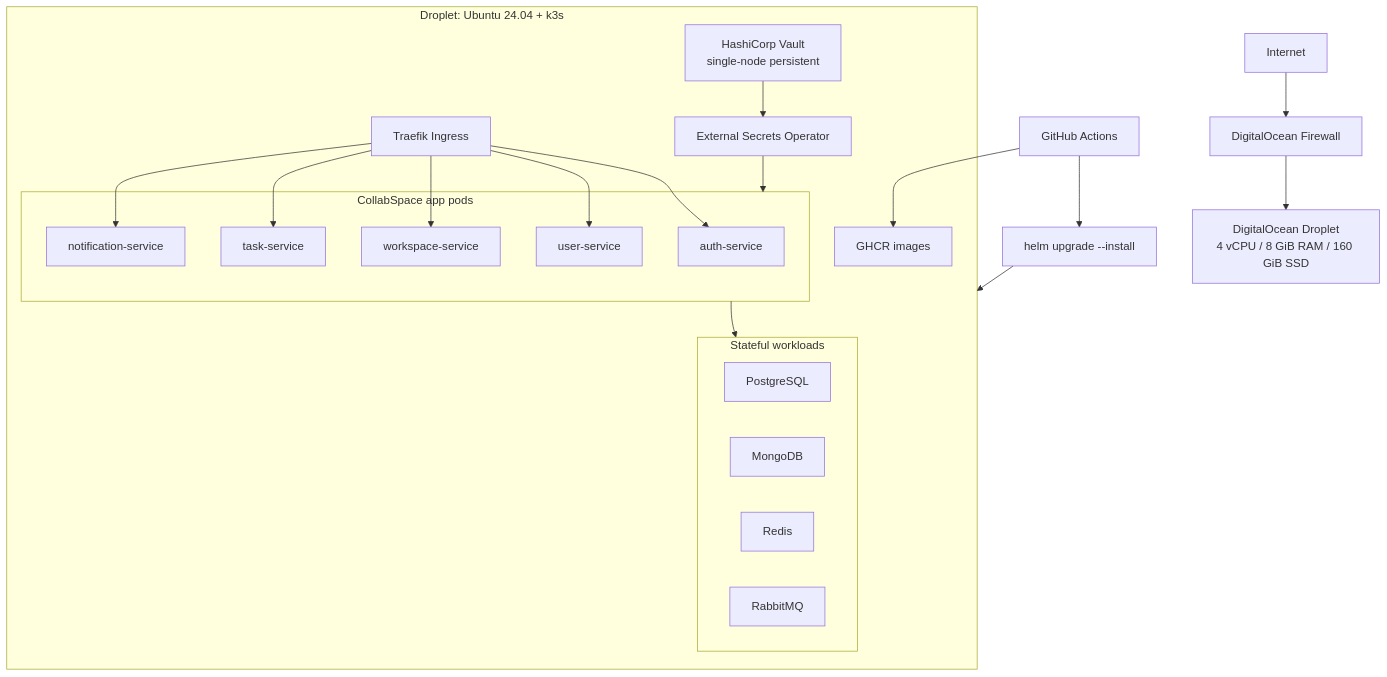
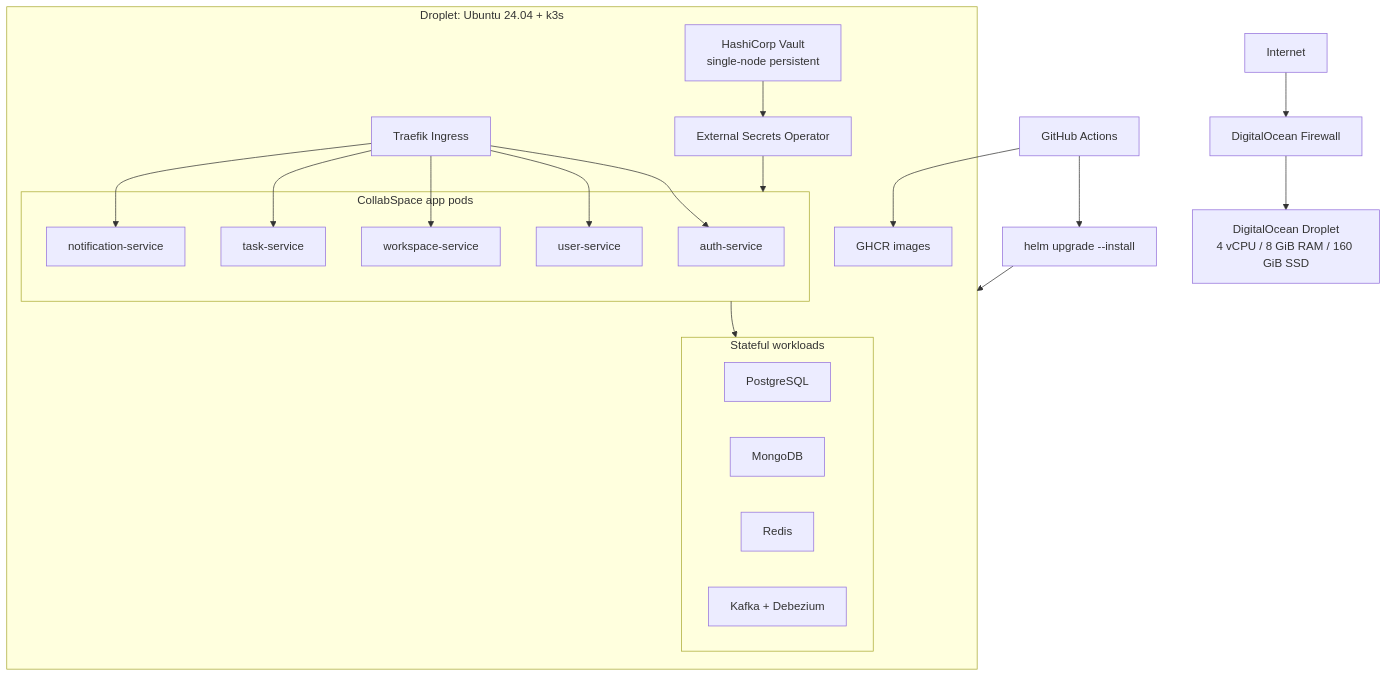
The first of 2 diagrams in docs/digitalocean-production-options.md (lengocanh2005it/collabspace), drawn with Mermaid before and after one commit. The commit also changed other lines of this file and 65 other files, not shown here.

First line of the commit message:
docs: sync Kafka + Debezium CDC across docs and finish RabbitMQ cleanup

````diff
--- a/docs/digitalocean-production-options.md
+++ b/docs/digitalocean-production-options.md
@@ -176,39 +176,39 @@
 ```mermaid
 flowchart TD
   Internet["Internet"] --> DOFirewall["DigitalOcean Firewall"]
   DOFirewall --> Droplet["DigitalOcean Droplet\n4 vCPU / 8 GiB RAM / 160 GiB SSD"]
 
   subgraph DropletNode["Droplet: Ubuntu 24.04 + k3s"]
     Traefik["Traefik Ingress"]
     ESO["External Secrets Operator"]
     Vault["HashiCorp Vault\nsingle-node persistent"]
     GHCR["GHCR images"]
 
     subgraph Apps["CollabSpace app pods"]
       Auth["auth-service"]
       User["user-service"]
       Workspace["workspace-service"]
       Task["task-service"]
       Notification["notification-service"]
     end
 
     subgraph Data["Stateful workloads"]
       Postgres["PostgreSQL"]
       Mongo["MongoDB"]
       Redis["Redis"]
-      RabbitMQ["RabbitMQ"]
+      Kafka["Kafka + Debezium"]
     end
   end
 
   GitHubActions["GitHub Actions"] --> GHCR
   GitHubActions --> Helm["helm upgrade --install"]
   Helm --> DropletNode
   Vault --> ESO
   ESO --> Apps
   Traefik --> Auth
   Traefik --> User
   Traefik --> Workspace
   Traefik --> Task
   Traefik --> Notification
   Apps --> Data
 ```
````
